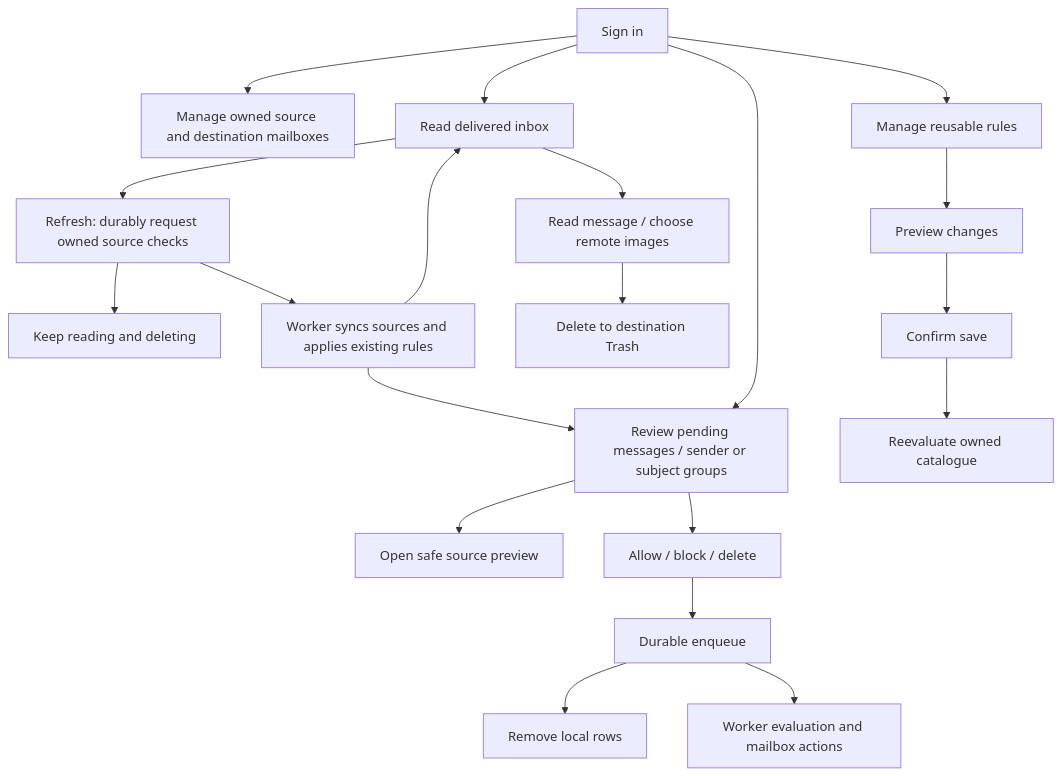
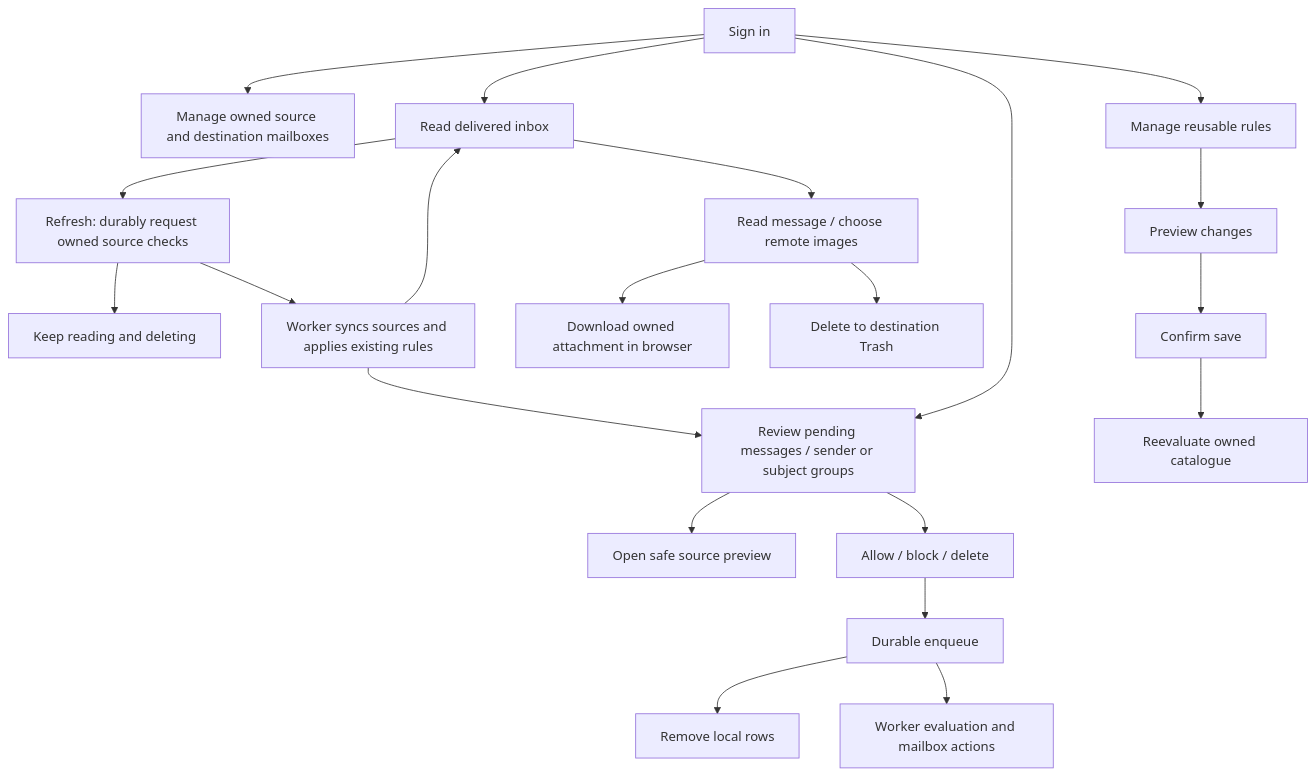
One commit to clintonfrankland/mail-winnow changed the second of 3 diagrams in README.md. Above: the diagram before and after it, drawn with Mermaid. The commit also changed other lines of this file and 14 other files, not shown here.

Commit message:
Add secure browser-native inbox attachment downloads

````diff
--- a/README.md
+++ b/README.md
@@ -195,22 +203,23 @@
 ```mermaid
 flowchart TD
     SignIn[Sign in] --> Mailboxes[Manage owned source and destination mailboxes]
     SignIn --> Inbox[Read delivered inbox]
     Inbox --> Refresh[Refresh: durably request owned source checks]
     Refresh --> Continue[Keep reading and deleting]
     Refresh --> Background[Worker syncs sources and applies existing rules]
     Background --> Inbox
     Background --> Review
     Inbox --> Read[Read message / choose remote images]
+    Read --> Download[Download owned attachment in browser]
     Read --> Trash[Delete to destination Trash]
     SignIn --> Review[Review pending messages / sender or subject groups]
     Review --> Preview[Open safe source preview]
     Review --> Decision[Allow / block / delete]
     Decision --> Accepted[Durable enqueue]
     Accepted --> Removed[Remove local rows]
     Accepted --> Processing[Worker evaluation and mailbox actions]
     SignIn --> Rules[Manage reusable rules]
     Rules --> Impact[Preview changes]
     Impact --> Confirm[Confirm save]
     Confirm --> Evaluation[Reevaluate owned catalogue]
 ```
````
